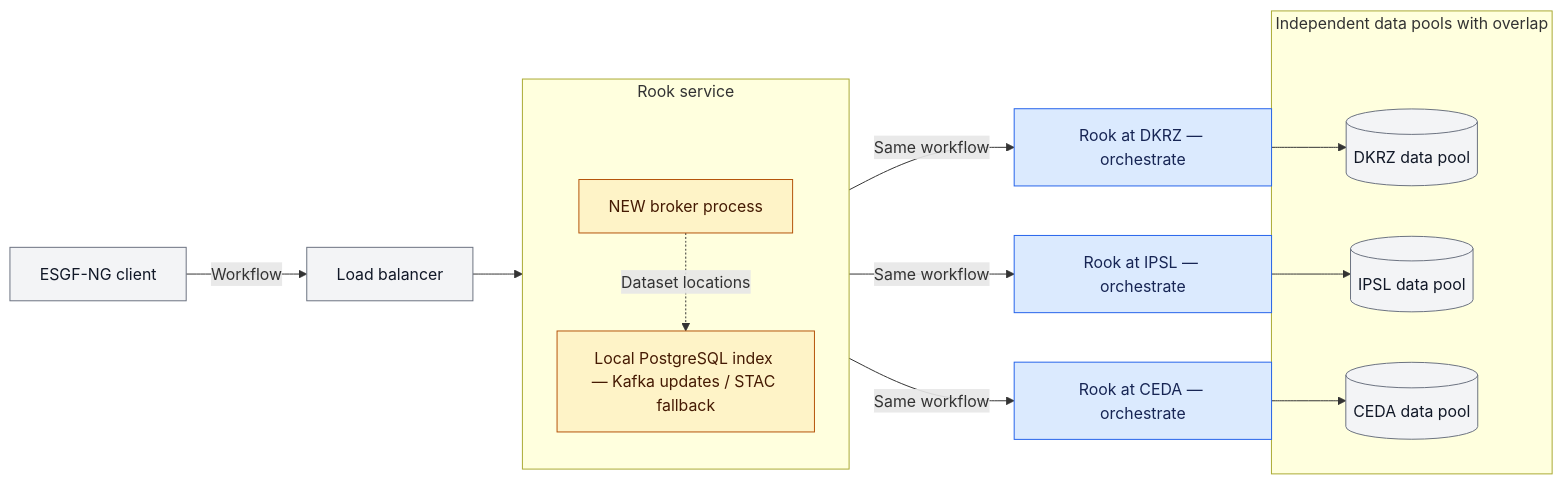
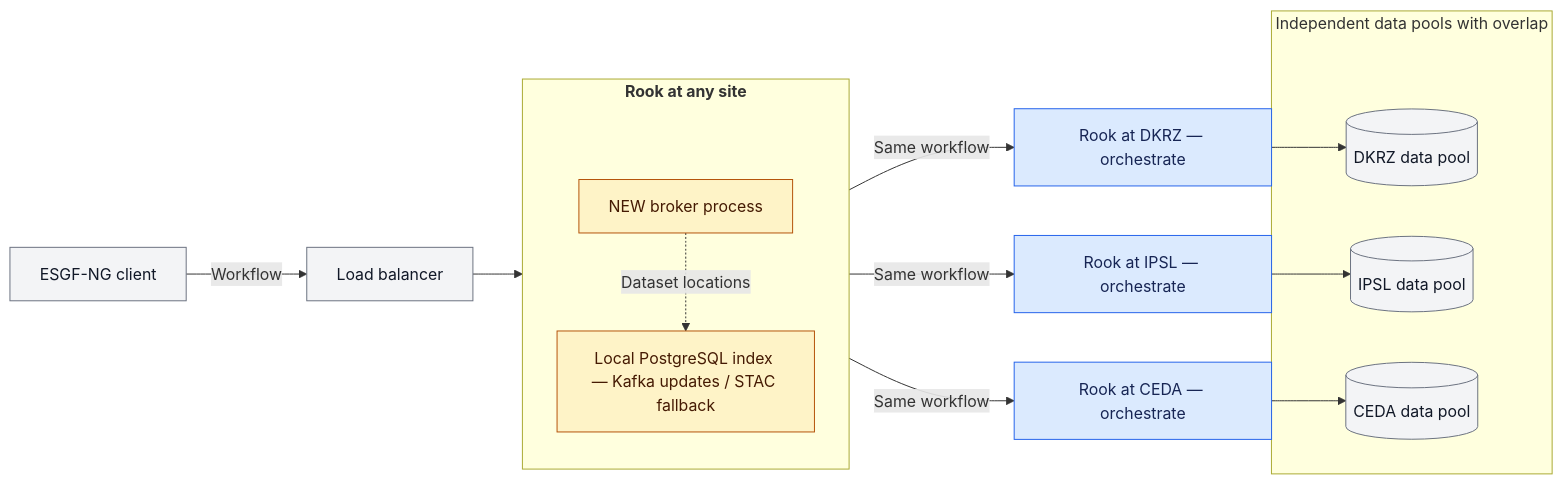
Before and after one commit to roocs/rook: the fourth of 11 diagrams in Rook_WPS_ESGF2_talk_draft.md, drawn with Mermaid. The commit also changed other lines of this file and 1 other file, not shown here.

````diff
--- a/Rook_WPS_ESGF2_talk_draft.md
+++ b/Rook_WPS_ESGF2_talk_draft.md
@@ -145,27 +157,27 @@
 ```mermaid
 %%{init: {"flowchart": {"subGraphTitleMargin": {"top": 0, "bottom": 64}}}}%%
 flowchart LR
     Client["ESGF-NG client"] -->|"Workflow"| LB["Load balancer"]
     LB --> Routing
-    subgraph Routing["Rook service"]
+    subgraph Routing["`**Rook at any site**`"]
         direction TB
         Broker["NEW broker process"]
         Broker -.->|"Dataset locations"| Index["Local PostgreSQL index — Kafka updates / STAC fallback"]
     end
     Routing -->|"Same workflow"| DKRZ["Rook at DKRZ — orchestrate"]
     Routing -->|"Same workflow"| IPSL["Rook at IPSL — orchestrate"]
     Routing -->|"Same workflow"| CEDA["Rook at CEDA — orchestrate"]
     subgraph Independent["Independent data pools with overlap"]
         DataDKRZ[("DKRZ data pool")]
         DataIPSL[("IPSL data pool")]
         DataCEDA[("CEDA data pool")]
     end
     DKRZ --> DataDKRZ
     IPSL --> DataIPSL
     CEDA --> DataCEDA
     classDef default fill:#f3f4f6,stroke:#6b7280,color:#111827
     classDef rook fill:#dbeafe,stroke:#2563eb,color:#172554
     classDef new fill:#fef3c7,stroke:#b45309,color:#451a03
     class DKRZ,IPSL,CEDA rook
     class Broker,Index new
 ```
````
